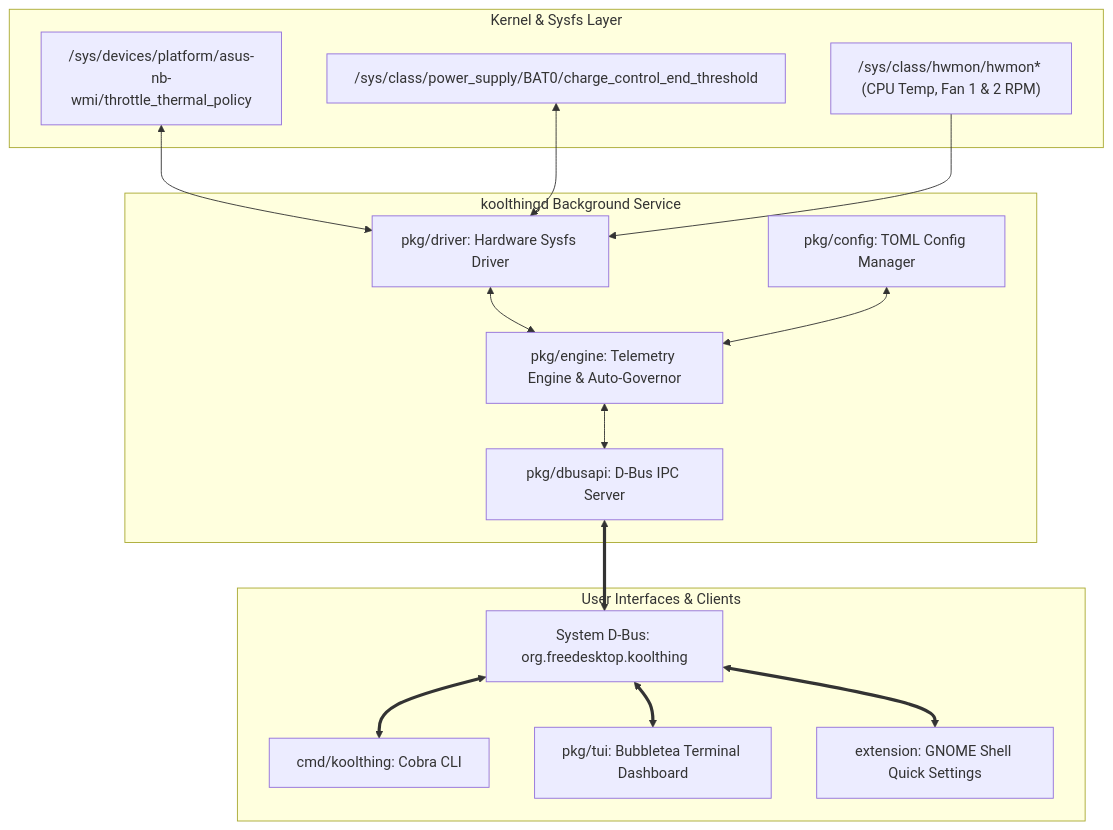
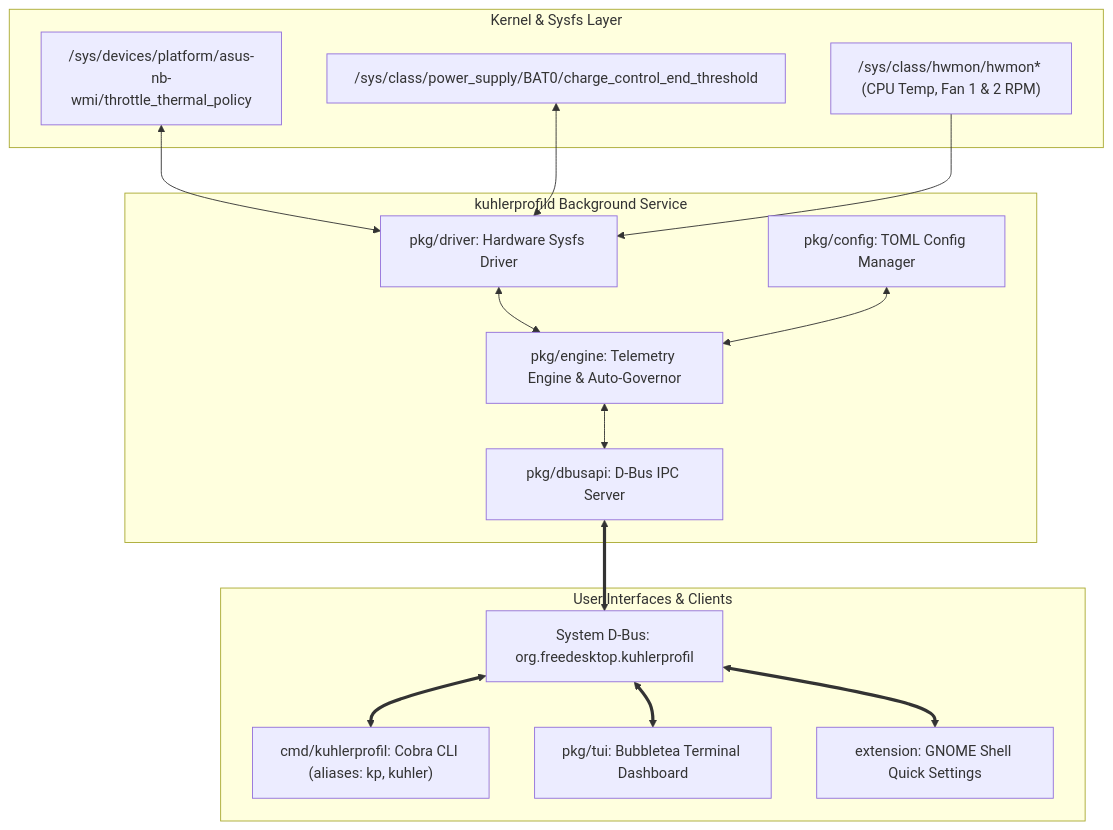
Before and after one commit to katon26/kuhler-profil: the diagram in README.md, drawn with Mermaid. The commit also changed other lines of this file and 36 other files, not shown here.

````diff
--- a/README.md
+++ b/README.md
@@ -50,35 +51,35 @@
 ```mermaid
 flowchart TD
     subgraph Hardware ["Kernel & Sysfs Layer"]
         SYSFS_THROTTLE["/sys/devices/platform/asus-nb-wmi/throttle_thermal_policy"]
         SYSFS_BATTERY["/sys/class/power_supply/BAT0/charge_control_end_threshold"]
         SYSFS_HWMON["/sys/class/hwmon/hwmon* (CPU Temp, Fan 1 & 2 RPM)"]
     end
 
-    subgraph CoreDaemon ["koolthingd Background Service"]
+    subgraph CoreDaemon ["kuhlerprofild Background Service"]
         DRIVER["pkg/driver: Hardware Sysfs Driver"]
         ENGINE["pkg/engine: Telemetry Engine & Auto-Governor"]
         CONFIG["pkg/config: TOML Config Manager"]
         DBUS_SERVER["pkg/dbusapi: D-Bus IPC Server"]
 
         SYSFS_THROTTLE <--> DRIVER
         SYSFS_BATTERY <--> DRIVER
         SYSFS_HWMON --> DRIVER
 
         DRIVER <--> ENGINE
         CONFIG <--> ENGINE
         ENGINE <--> DBUS_SERVER
     end
 
     subgraph Clients ["User Interfaces & Clients"]
-        DBUS_BUS["System D-Bus: org.freedesktop.koolthing"]
-        CLI["cmd/koolthing: Cobra CLI"]
+        DBUS_BUS["System D-Bus: org.freedesktop.kuhlerprofil"]
+        CLI["cmd/kuhlerprofil: Cobra CLI (aliases: kp, kuhler)"]
         TUI["pkg/tui: Bubbletea Terminal Dashboard"]
         GNOME_EXT["extension: GNOME Shell Quick Settings"]
 
         DBUS_SERVER <==> DBUS_BUS
         DBUS_BUS <==> CLI
         DBUS_BUS <==> TUI
         DBUS_BUS <==> GNOME_EXT
     end
 ```
````
